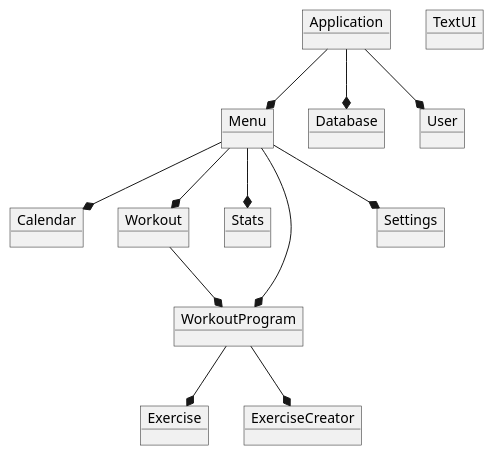
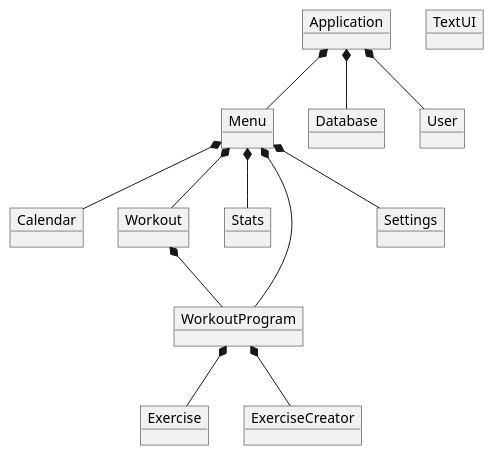
One commit to emil2112/ICE-gruppeD changed the diagram in doc/DomainModel.puml. Above: the diagram before and after it, drawn with PlantUML.

Commit message:
DomainModel done 1.0 (rettet)

```diff
--- a/doc/DomainModel.puml
+++ b/doc/DomainModel.puml
@@ -1,30 +1,30 @@
 @startuml
 object Application
 object Menu
 object Database
 object Calendar
 object Workout
 object Stats
 object User
 object WorkoutProgram
 object Exercise
 object ExerciseCreator
 object Settings
 object TextUI
 
-Application --* Database
-Application --* Menu
-Application --* User
+Application *-- Database
+Application *-- Menu
+Application *-- User
 
-Menu --* WorkoutProgram
-Menu --* Settings
-Menu --* Calendar
-Menu --* Workout
-Menu --* Stats
+Menu *-- WorkoutProgram
+Menu *-- Settings
+Menu *-- Calendar
+Menu *-- Workout
+Menu *-- Stats
 
-Workout --* WorkoutProgram
+Workout *-- WorkoutProgram
 
-WorkoutProgram --* Exercise
-WorkoutProgram --* ExerciseCreator
+WorkoutProgram *-- Exercise
+WorkoutProgram *-- ExerciseCreator
 
 @enduml
```
